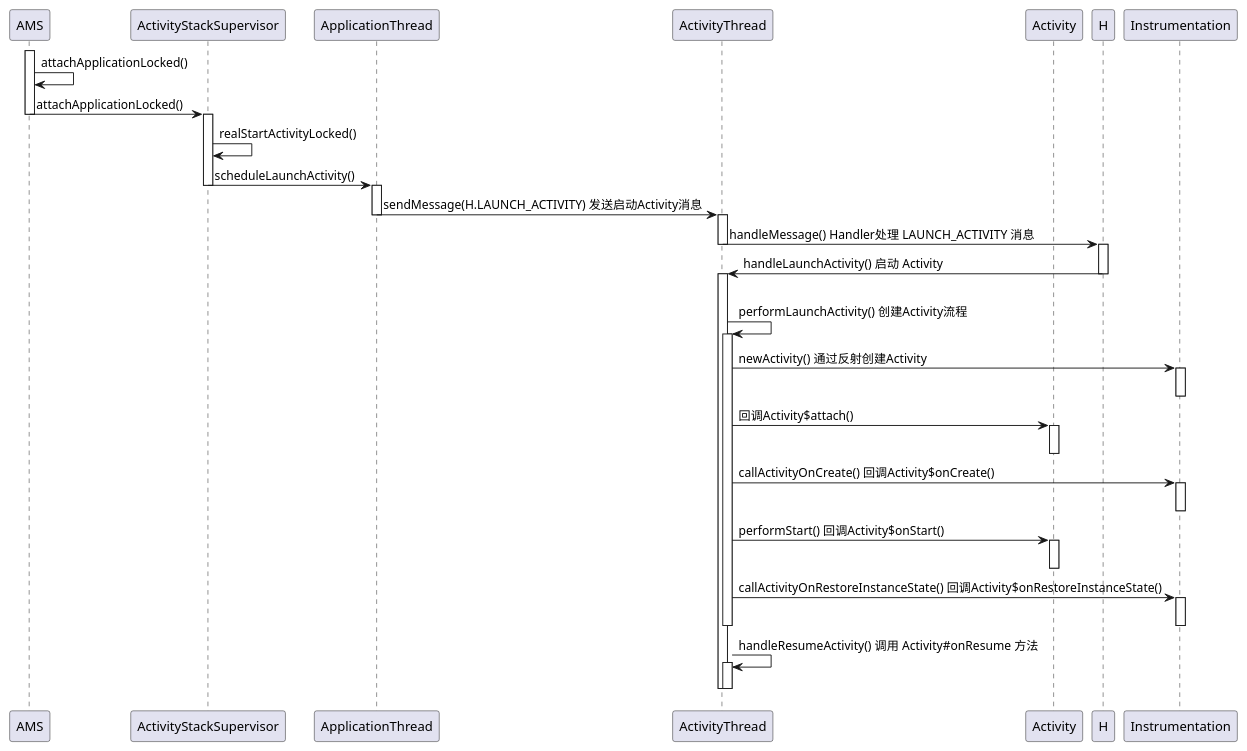
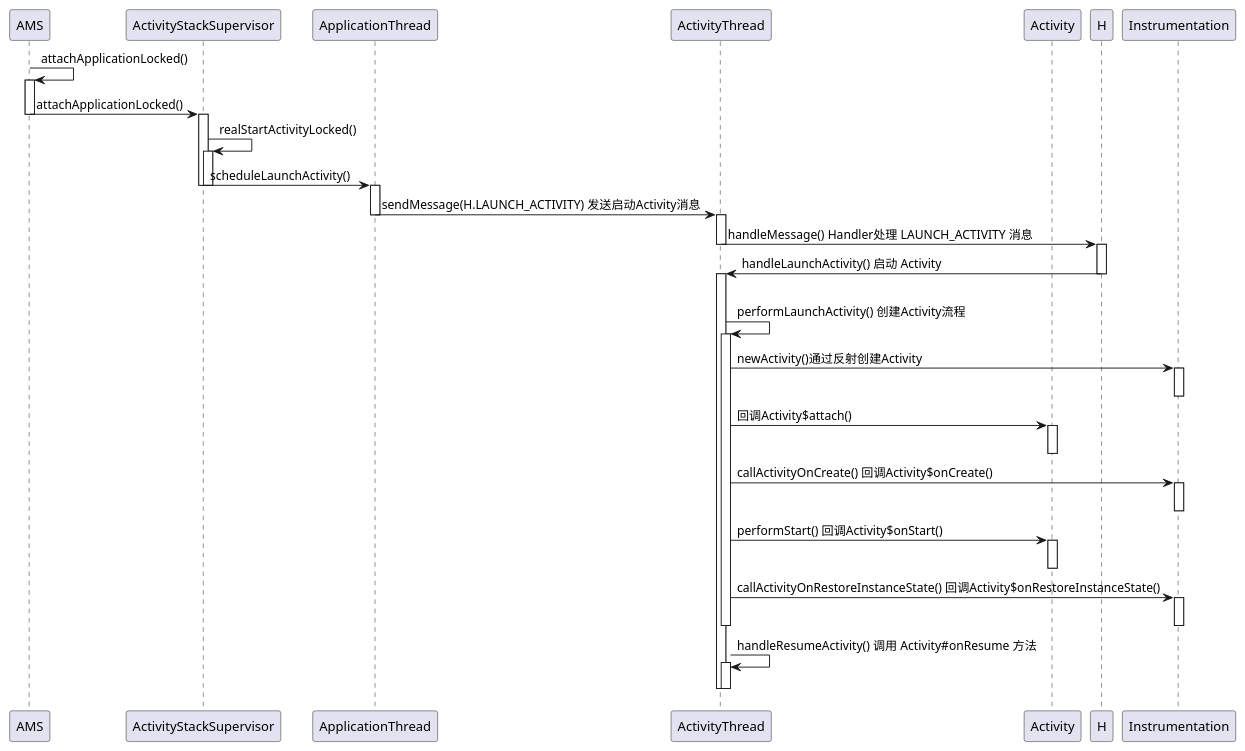
One commit to xHonghui/android-26 changed the diagram in doc/activity/activity_launcher_2.puml. Above: the diagram before and after it, drawn with PlantUML. The commit also changed 4 other files, not shown here.

Commit message:
feat: puml流程图标准调整；

```diff
--- a/doc/activity/activity_launcher_2.puml
+++ b/doc/activity/activity_launcher_2.puml
@@ -1,68 +1,69 @@
 @startuml
 'https://plantuml.com/sequence-diagram
 'AMS发送创建Activity请求，ActivityThread Handler 处理 Activity 的启动
 
 participant  AMS
 participant ActivityStackSupervisor
 participant ApplicationThread
 participant ActivityThread
 participant Activity
 participant H
 participant Instrumentation
 
+AMS -> AMS: attachApplicationLocked()
 activate AMS
-AMS -> AMS: attachApplicationLocked()
 AMS -> ActivityStackSupervisor: attachApplicationLocked()
 deactivate AMS
 
 activate ActivityStackSupervisor
 ActivityStackSupervisor -> ActivityStackSupervisor: realStartActivityLocked()
+activate ActivityStackSupervisor
 ActivityStackSupervisor -> ApplicationThread: scheduleLaunchActivity()
+deactivate ActivityStackSupervisor
 deactivate ActivityStackSupervisor
 
 activate ApplicationThread
 ApplicationThread -> ActivityThread: sendMessage(H.LAUNCH_ACTIVITY) 发送启动Activity消息
 deactivate ApplicationThread
 
 activate ActivityThread
 ActivityThread -> H: handleMessage() Handler处理 LAUNCH_ACTIVITY 消息
 deactivate ActivityThread
 
 activate H
 H -> ActivityThread: handleLaunchActivity() 启动 Activity
 deactivate H
 |||
 
 activate ActivityThread
-
 ActivityThread -> ActivityThread: performLaunchActivity() 创建Activity流程
 activate ActivityThread
 
-ActivityThread -> Instrumentation: newActivity() 通过反射创建Activity
+ActivityThread -> Instrumentation: newActivity()通过反射创建Activity
 activate Instrumentation
 deactivate Instrumentation
 
 ActivityThread -> Activity: 回调Activity$attach()
 activate Activity
 deactivate Activity
 
 ActivityThread -> Instrumentation: callActivityOnCreate() 回调Activity$onCreate()
 activate Instrumentation
 deactivate Instrumentation
 
 ActivityThread -> Activity: performStart() 回调Activity$onStart()
 activate Activity
 deactivate Activity
 
 ActivityThread -> Instrumentation: callActivityOnRestoreInstanceState() 回调Activity$onRestoreInstanceState()
 activate Instrumentation
 deactivate Instrumentation
 
 deactivate ActivityThread
 
 ActivityThread -> ActivityThread: handleResumeActivity() 调用 Activity#onResume 方法
 activate ActivityThread
 deactivate ActivityThread
 
 deactivate ActivityThread
 @enduml
```
